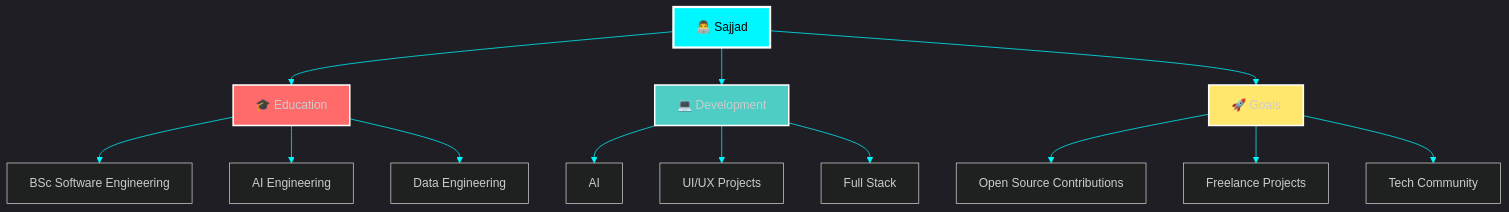
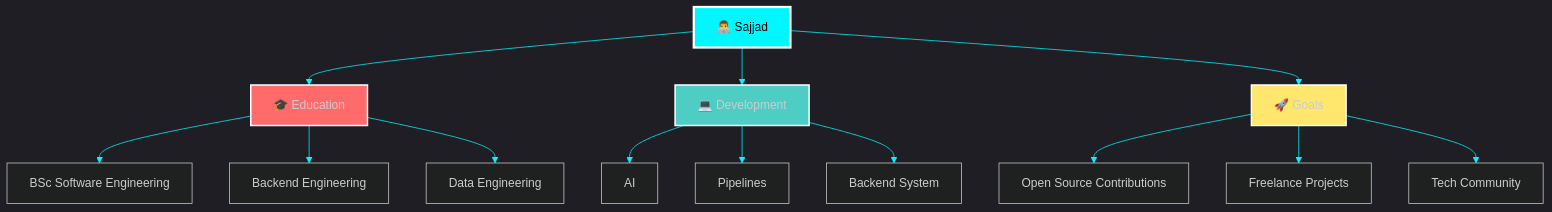
Before and after one commit to MHD-SJD/MHD-SJD: the diagram in README.md, drawn with Mermaid. The commit also changed other lines of this file, not shown here.

````diff
--- a/README.md
+++ b/README.md
@@ -71,25 +43,25 @@
 ```mermaid
 %%{init: {'theme':'dark', 'themeVariables': { 'primaryColor':'#00f7ff','primaryTextColor':'#fff','primaryBorderColor':'#00f7ff','lineColor':'#00f7ff','secondaryColor':'#006064','tertiaryColor':'#0D1117'}}}%%
 graph TB
     A[👨‍💻 Sajjad] --> B[🎓 Education]
     A --> C[💻 Development]
     A --> D[🚀 Goals]
     
     B --> B1[BSc Software Engineering]
-    B --> B2[AI Engineering]
+    B --> B2[Backend Engineering]
     B --> B3[Data Engineering]
     
     
-    C --> C1[AI ]
-    C --> C2[UI/UX Projects]
-    C --> C3[Full Stack]
+    C --> C1[AI]
+    C --> C2[Pipelines]
+    C --> C3[Backend System]
     
     D --> D1[Open Source Contributions]
     D --> D2[Freelance Projects]
     D --> D3[Tech Community]
     
     style A fill:#00f7ff,stroke:#fff,stroke-width:3px,color:#000
     style B fill:#ff6b6b,stroke:#fff,stroke-width:2px
     style C fill:#4ecdc4,stroke:#fff,stroke-width:2px
     style D fill:#ffe66d,stroke:#fff,stroke-width:2px
 ```
````
